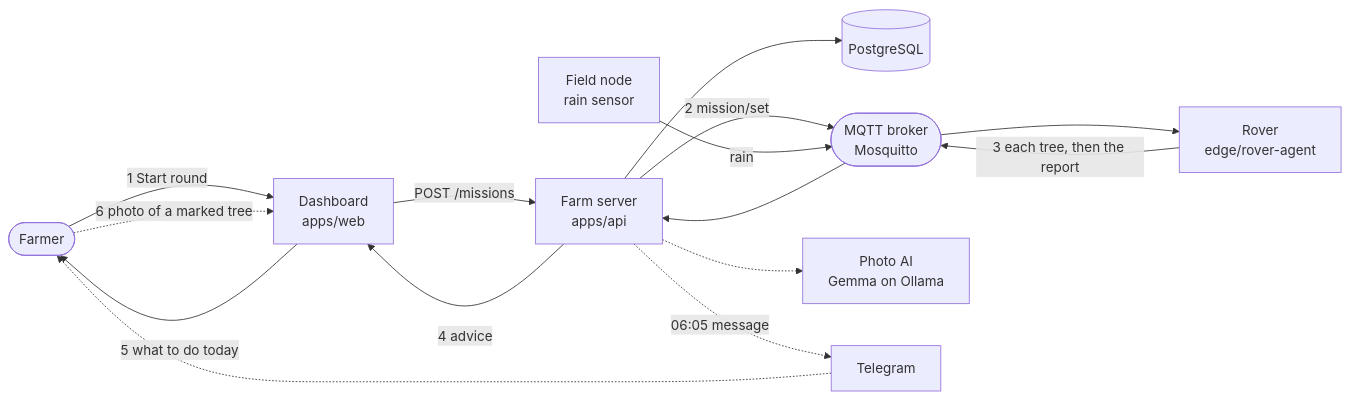
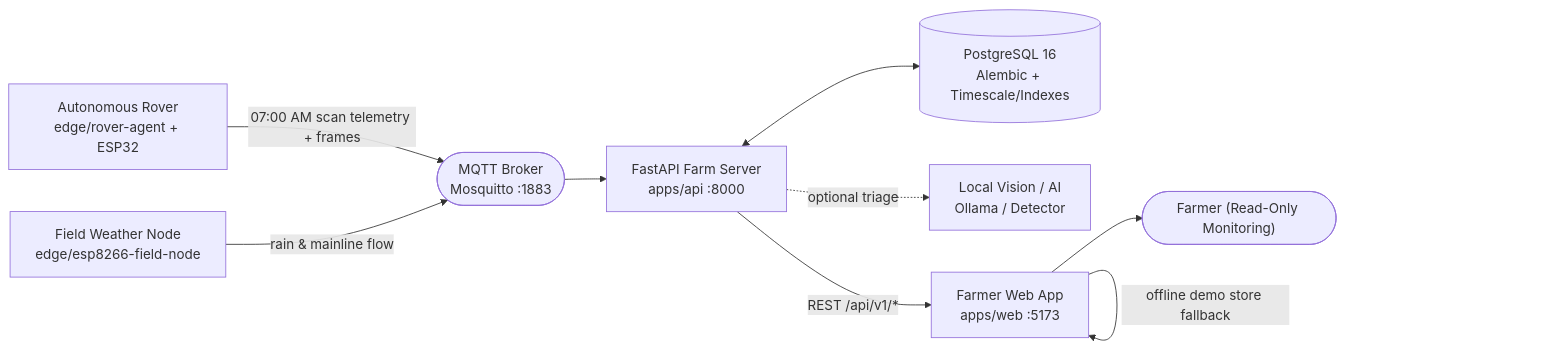
Before and after one commit to DaivaiCheong/agrirover: the diagram in docs/WORKFLOW.md, drawn with Mermaid. The commit also changed other lines of this file and 4 other files, not shown here.

Commit message:
Docs: update tomato workflow, PostgreSQL schema blueprint & backend Docker guide

````diff
--- a/docs/WORKFLOW.md
+++ b/docs/WORKFLOW.md
@@ -32,27 +35,20 @@
 ```mermaid
 flowchart LR
-    Farmer(["Farmer"])
-    Web["Dashboard<br>apps/web"]
-    API["Farm server<br>apps/api"]
-    DB[("PostgreSQL")]
-    MQTT(["MQTT broker<br>Mosquitto"])
-    Rover["Rover<br>edge/rover-agent"]
-    Node["Field node<br>rain sensor"]
-    AI["Photo AI<br>Gemma on Ollama"]
-    TG["Telegram"]
+    Rover["Autonomous Rover<br>edge/rover-agent + ESP32"]
+    Node["Field Weather Node<br>edge/esp8266-field-node"]
+    MQTT(["MQTT Broker<br>Mosquitto :1883"])
+    API["FastAPI Farm Server<br>apps/api :8000"]
+    DB[("PostgreSQL 16<br>Alembic + Timescale/Indexes")]
+    AI["Local Vision / AI<br>Ollama / Detector"]
+    Web["Farmer Web App<br>apps/web :5173"]
+    Farmer(["Farmer (Read-Only Monitoring)"])
 
-    Farmer -->|"1 Start round"| Web
-    Web -->|"POST /missions"| API
-    API -->|"2 mission/set"| MQTT
-    MQTT --> Rover
-    Rover -->|"3 each tree, then the report"| MQTT
-    Node -->|"rain"| MQTT
+    Rover -->|"07:00 AM scan telemetry + frames"| MQTT
+    Node -->|"rain & mainline flow"| MQTT
     MQTT --> API
-    API --> DB
-    API -->|"4 advice"| Web
-    Web -->|"5 what to do today"| Farmer
-    Farmer -.->|"6 photo of a marked tree"| Web
-    API -.-> AI
-    API -.->|"06:05 message"| TG
-    TG -.-> Farmer
+    API <--> DB
+    API -.->|"optional triage"| AI
+    API -->|"REST /api/v1/*"| Web
+    Web -->|"offline demo store fallback"| Web
+    Web --> Farmer
 ```
````
